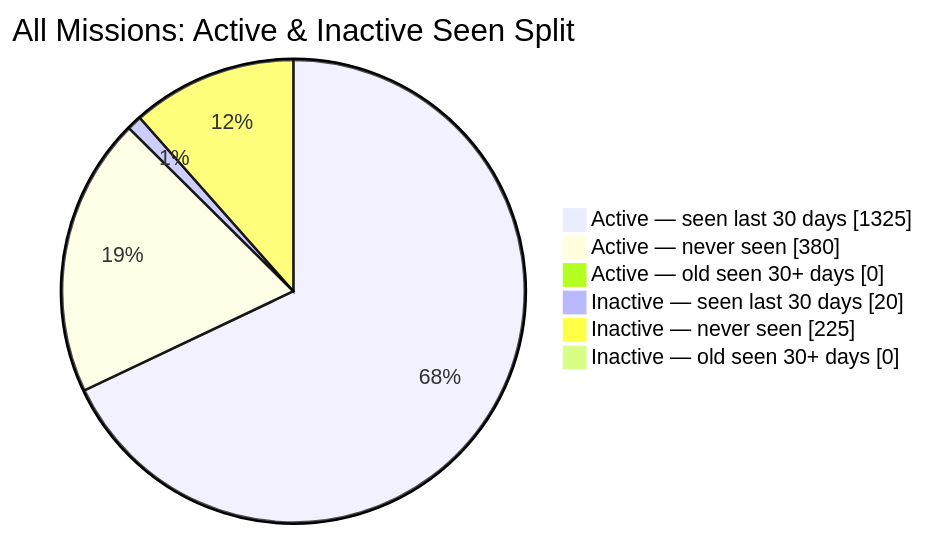
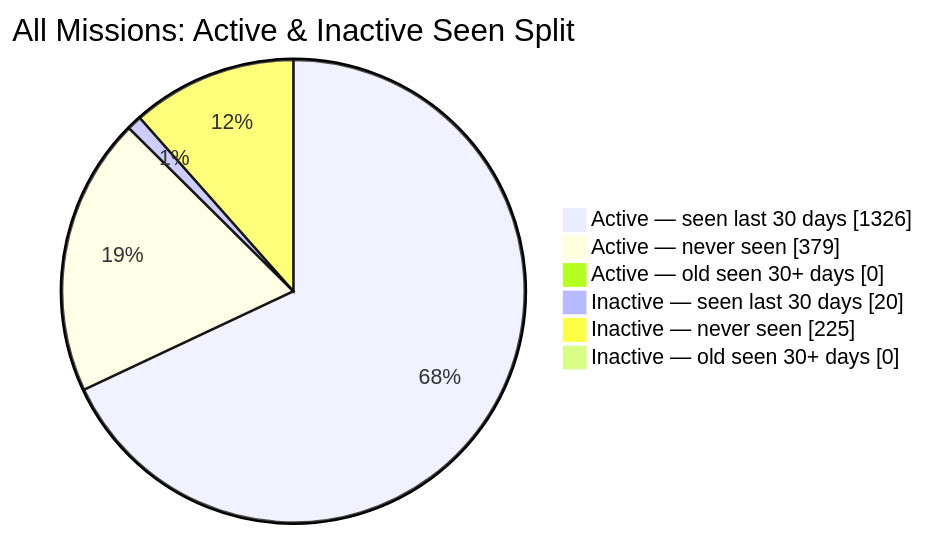
One commit to MeldkamerspelGameTeam/active-missions changed the second of 2 diagrams in README.md. Above: the diagram before and after it, drawn with Mermaid. The commit also changed other lines of this file and 2 other files, not shown here.

````diff
--- a/README.md
+++ b/README.md
@@ -44,10 +44,10 @@
 ```mermaid
 pie showData
     title All Missions: Active & Inactive Seen Split
-    "Active — seen last 30 days" : 1325
-    "Active — never seen" : 380
+    "Active — seen last 30 days" : 1326
+    "Active — never seen" : 379
     "Active — old seen 30+ days" : 0
     "Inactive — seen last 30 days" : 20
     "Inactive — never seen" : 225
     "Inactive — old seen 30+ days" : 0
 ```
````
